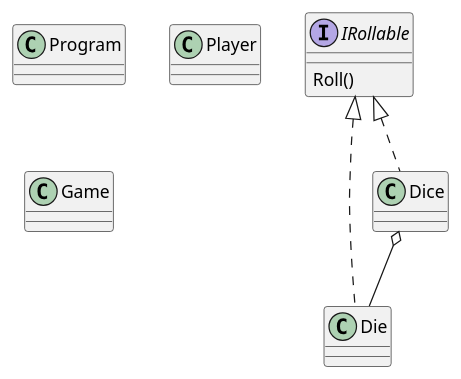
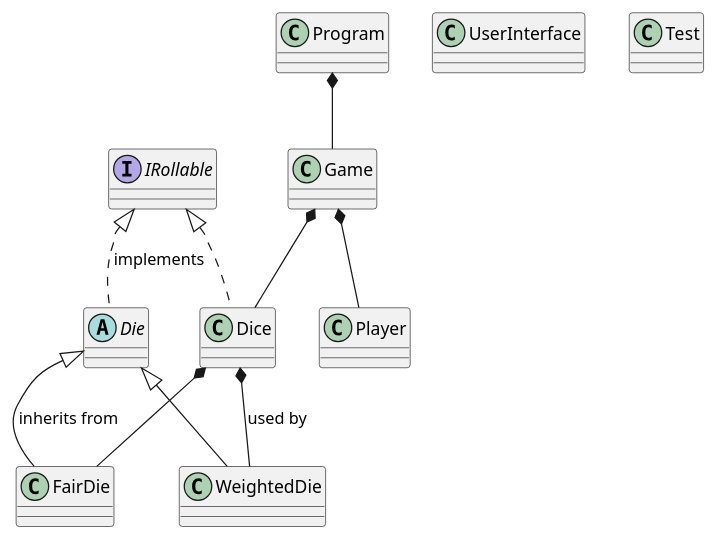
The diagram in ThreeOrMore/diagram.puml (ThatChapThere/three-or-more), drawn with PlantUML before and after one commit. The commit also changed 16 other files, not shown here.

```diff
--- a/ThreeOrMore/diagram.puml
+++ b/ThreeOrMore/diagram.puml
@@ -1,16 +1,28 @@
 @startuml ThreeOrMore
 
 interface IRollable
-IRollable : Roll()
+
+
+class UserInterface
+class Test
+
 
 class Program
 class Player
-class Die
+abstract class Die
 class Dice
 class Game
+class FairDie
+class WeightedDie
 
-Dice o-- Die
-IRollable <|.. Die
+Die <|-- FairDie : inherits from
+Die <|-- WeightedDie 
+Dice *-- FairDie 
+Dice *-- WeightedDie  : used by
+IRollable <|.. Die : implements
 IRollable <|.. Dice
+Game *-- Dice
+Game *-- Player
+Program *-- Game
 
 @enduml
```
